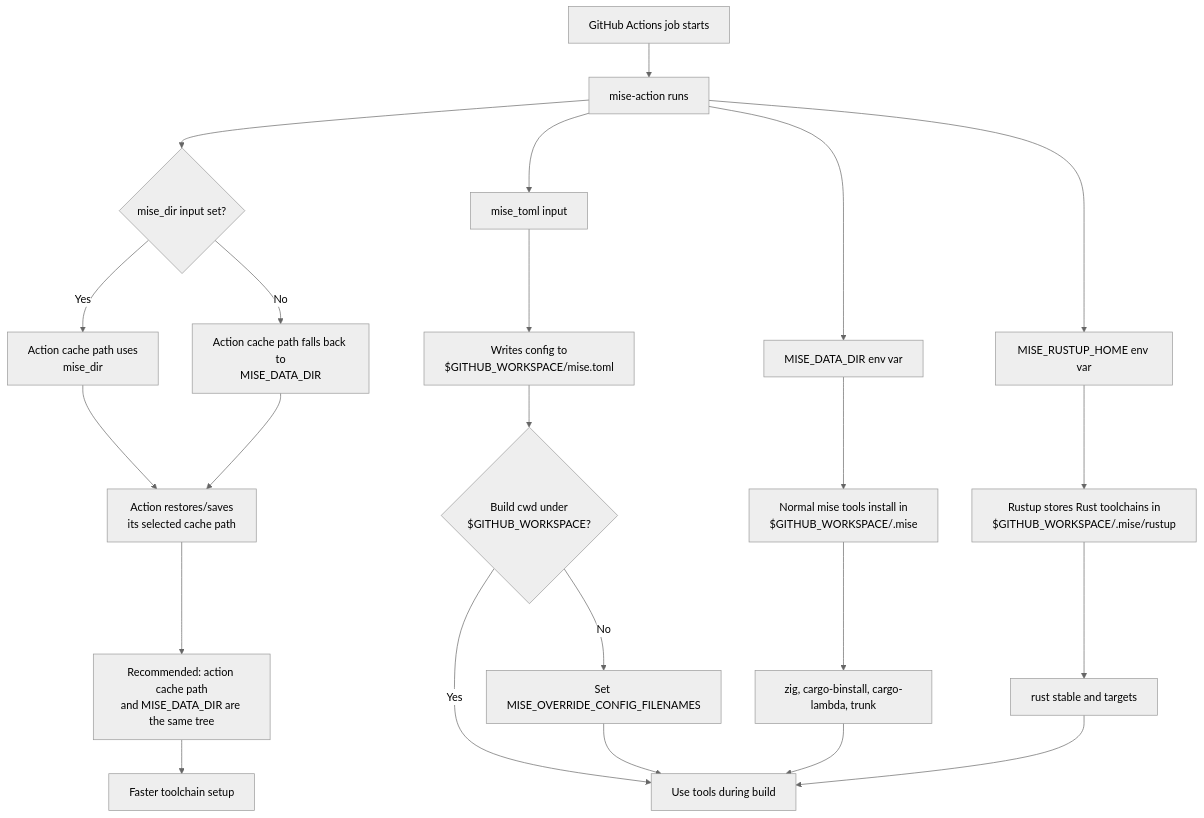
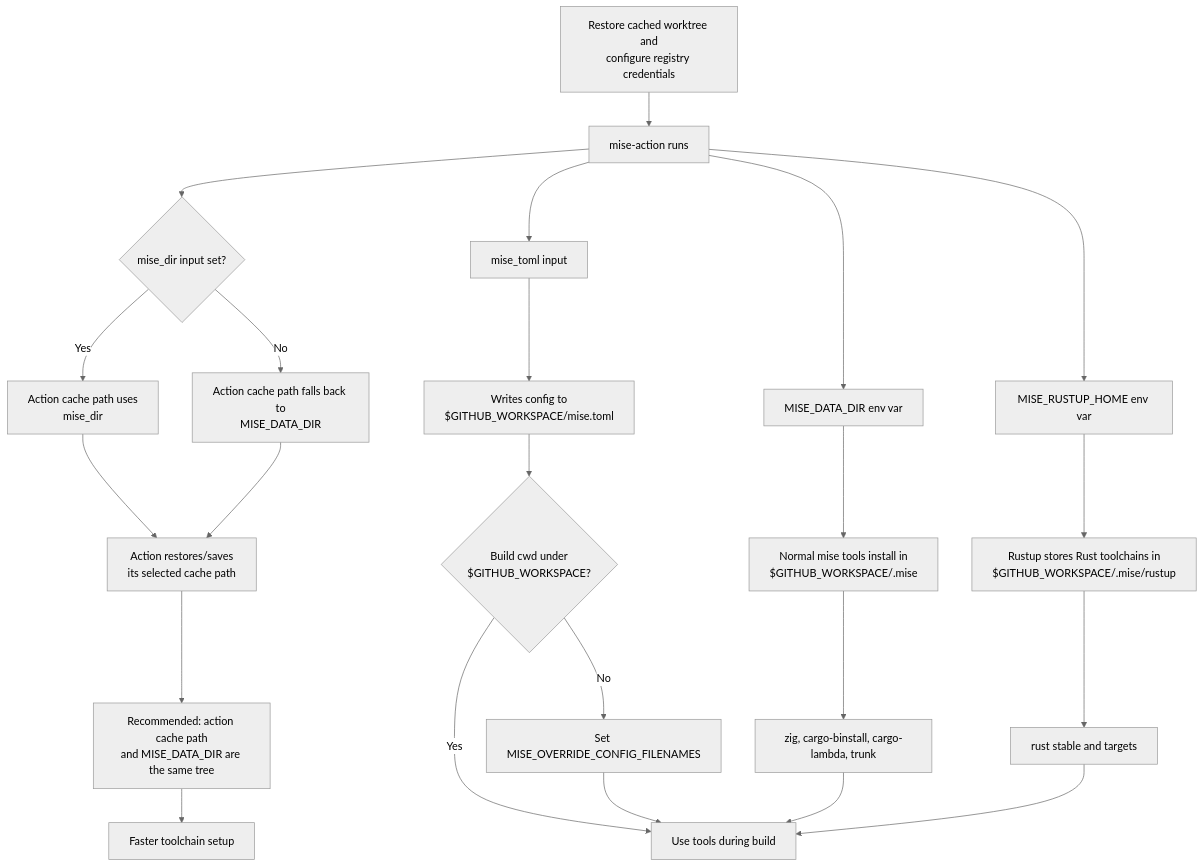
One commit to garysassano/cargo-ci-cache-archive changed the diagram in docs/operations/mise-tool-setup.md. Above: the diagram before and after it, drawn with Mermaid (neutral theme). The commit also changed 3 other files, not shown here.

Commit message:
Align Mermaid diagrams with cache guidance

````diff
--- a/docs/operations/mise-tool-setup.md
+++ b/docs/operations/mise-tool-setup.md
@@ -110,32 +110,32 @@
 ```mermaid
 flowchart TD
-    A[GitHub Actions job starts] --> B[mise-action runs]
+    A[Restore cached worktree and<br/>configure registry credentials] --> B[mise-action runs]
 
     B --> C{mise_dir input set?}
     C -->|Yes| D[Action cache path uses<br/>mise_dir]
     C -->|No| E[Action cache path falls back to<br/>MISE_DATA_DIR]
     D --> D2[Action restores/saves<br/>its selected cache path]
     E --> D2
 
     B --> F[MISE_DATA_DIR env var]
     F --> F2[Normal mise tools install in<br/>$GITHUB_WORKSPACE/.mise]
     F2 --> G[zig, cargo-binstall, cargo-lambda, trunk]
 
     B --> H[MISE_RUSTUP_HOME env var]
     H --> I[Rustup stores Rust toolchains in<br/>$GITHUB_WORKSPACE/.mise/rustup]
     I --> J[rust stable and targets]
 
     B --> O[mise_toml input]
     O --> P[Writes config to<br/>$GITHUB_WORKSPACE/mise.toml]
 
     P --> Q{Build cwd under<br/>$GITHUB_WORKSPACE?}
     Q -->|Yes| K
     Q -->|No| R[Set MISE_OVERRIDE_CONFIG_FILENAMES]
     R --> K
 
     G --> K[Use tools during build]
     J --> K
 
     D2 --> L[Recommended: action cache path<br/>and MISE_DATA_DIR are the same tree]
     L --> M[Faster toolchain setup]
 ```
````
